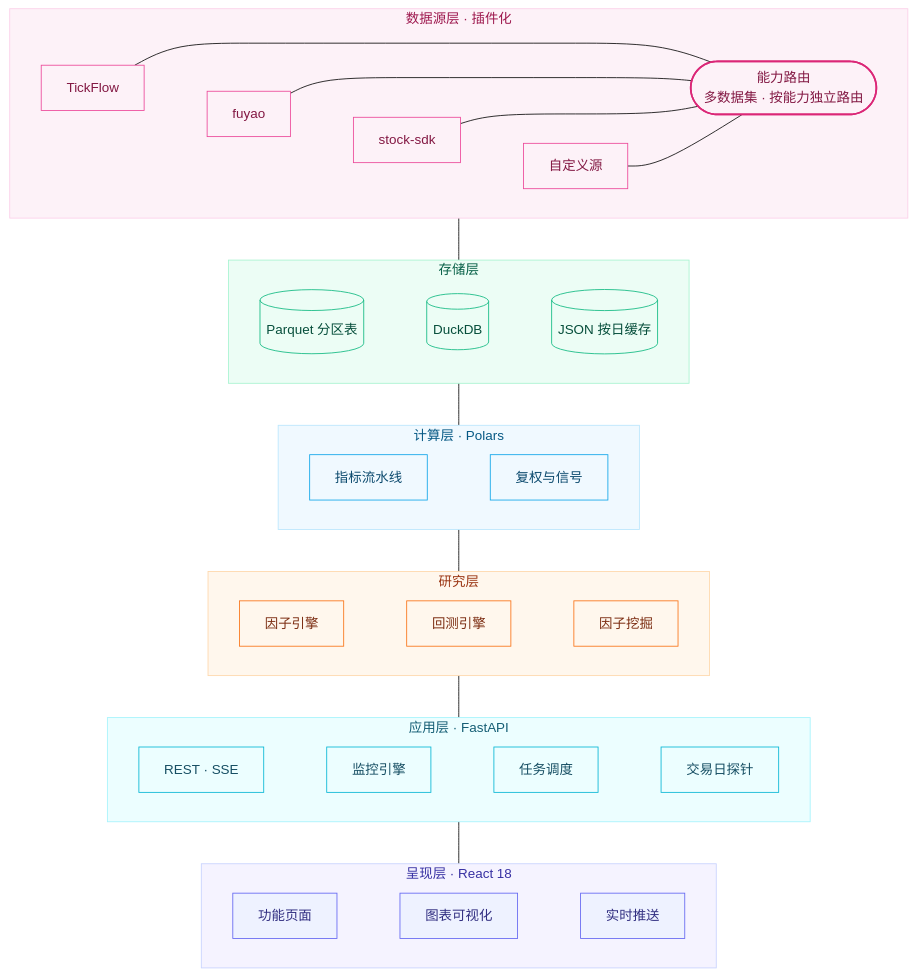
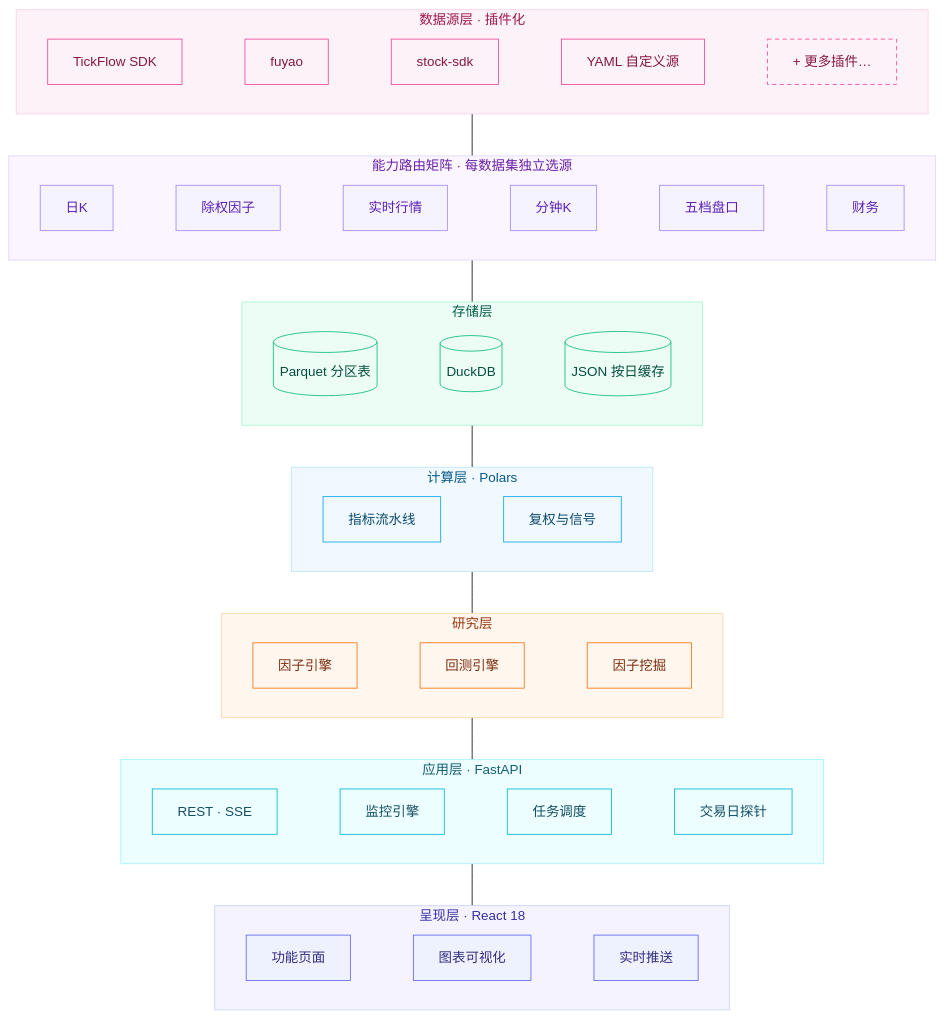
One commit to kevin9327/tick-stock-panel changed the diagram in README.md. Above: the diagram before and after it, drawn with Mermaid (base theme).

Commit message:
docs(readme): 架构图重设体现插件化与能力路由
- 数据源层独立成带: 四源 + 虚线「+ 更多插件…」槽位, 表达可插拔扩展
- 能力路由矩阵独立成带: 内容为六个标准化数据集芯片(日K/除权/实时/
  分钟/盘口/财务), 带标题声明「每数据集独立选源」— 矩阵即层
- 弃用带内扇入/扇出连线: mermaid LR 下跨带节点连线与扇出会破坏
  行布局(实测斜阶梯/芯片坠落), 改带级单线主轴
- 浏览器实测: 7 层严格水平(源行 y=58 / 数据集行 y=214 齐平), 735×1091

````diff
--- a/README.md
+++ b/README.md
@@ -148,68 +148,70 @@
 ```mermaid
 flowchart TB
     subgraph DATA["数据源层 · 插件化"]
         direction LR
-        D1["TickFlow"] --- R(["能力路由<br/>多数据集 · 按能力独立路由"])
-        D2["fuyao"] --- R
-        D3["stock-sdk"] --- R
-        D4["自定义源"] --- R
-        D1 ~~~ D2 ~~~ D3 ~~~ D4
+        D1["TickFlow SDK"] ~~~ D2["fuyao"] ~~~ D3["stock-sdk"] ~~~ D4["YAML 自定义源"] ~~~ D5["+ 更多插件…"]
+    end
+
+    subgraph ROUTE["能力路由矩阵 · 每数据集独立选源"]
+        direction LR
+        DS1["日K"] ~~~ DS2["除权因子"] ~~~ DS3["实时行情"] ~~~ DS4["分钟K"] ~~~ DS5["五档盘口"] ~~~ DS6["财务"]
     end
 
     subgraph STORE["存储层"]
         direction LR
-        ST1[("Parquet 分区表")]
-        ST2[("DuckDB")]
-        ST3[("JSON 按日缓存")]
-        ST1 ~~~ ST2 ~~~ ST3
+        ST1[("Parquet 分区表")] ~~~ ST2[("DuckDB")] ~~~ ST3[("JSON 按日缓存")]
     end
 
     subgraph CALC["计算层 · Polars"]
         direction LR
         C1["指标流水线"] ~~~ C2["复权与信号"]
     end
 
     subgraph RES["研究层"]
         direction LR
         G1["因子引擎"] ~~~ G2["回测引擎"] ~~~ G3["因子挖掘"]
     end
 
     subgraph SVC["应用层 · FastAPI"]
         direction LR
         S1["REST · SSE"] ~~~ S2["监控引擎"] ~~~ S3["任务调度"] ~~~ S4["交易日探针"]
     end
 
     subgraph FE["呈现层 · React 18"]
         direction LR
         F1["功能页面"] ~~~ F2["图表可视化"] ~~~ F3["实时推送"]
     end
 
-    DATA --- STORE
+    DATA --- ROUTE
+    ROUTE --- STORE
     STORE --- CALC
     CALC --- RES
     RES --- SVC
     SVC --- FE
 
     classDef fe fill:#eef2ff,stroke:#6366f1,color:#312e81
     classDef svc fill:#ecfeff,stroke:#06b6d4,color:#164e63
     classDef res fill:#fff7ed,stroke:#f97316,color:#7c2d12
     classDef calc fill:#f0f9ff,stroke:#0ea5e9,color:#0c4a6e
     classDef store fill:#ecfdf5,stroke:#10b981,color:#064e3b
     classDef data fill:#fdf2f8,stroke:#ec4899,color:#831843
-    classDef route fill:#fdf2f8,stroke:#db2777,color:#831843,stroke-width:2px
+    classDef pluginSlot fill:#fdf2f8,stroke:#ec4899,color:#831843,stroke-dasharray:5 4
+    classDef dataset fill:#f5f3ff,stroke:#a78bfa,color:#5b21b6
 
     class F1,F2,F3 fe
     class S1,S2,S3,S4 svc
     class G1,G2,G3 res
     class C1,C2 calc
     class ST1,ST2,ST3 store
     class D1,D2,D3,D4 data
-    class R route
+    class D5 pluginSlot
+    class DS1,DS2,DS3,DS4,DS5,DS6 dataset
 
     style FE fill:#f5f3ff,stroke:#c7d2fe,color:#3730a3
     style SVC fill:#ecfeff,stroke:#a5f3fc,color:#155e75
     style RES fill:#fff7ed,stroke:#fed7aa,color:#9a3412
     style CALC fill:#f0f9ff,stroke:#bae6fd,color:#075985
     style STORE fill:#ecfdf5,stroke:#a7f3d0,color:#065f46
+    style ROUTE fill:#faf5ff,stroke:#ddd6fe,color:#6b21a8
     style DATA fill:#fdf2f8,stroke:#fbcfe8,color:#9d174d
 ```
````
